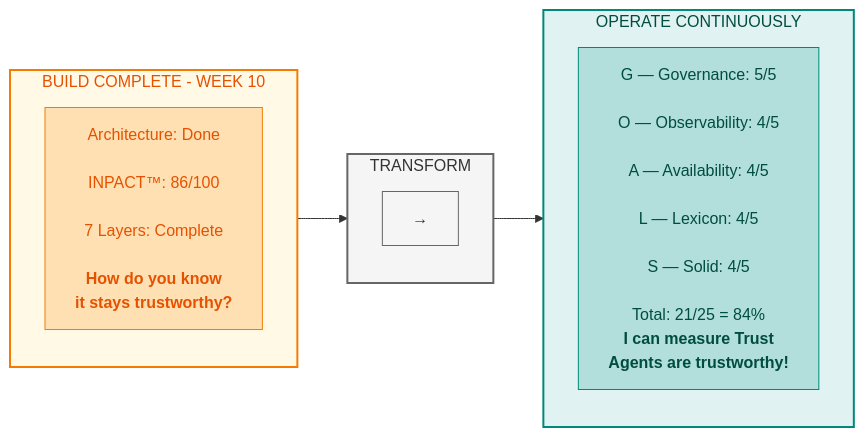
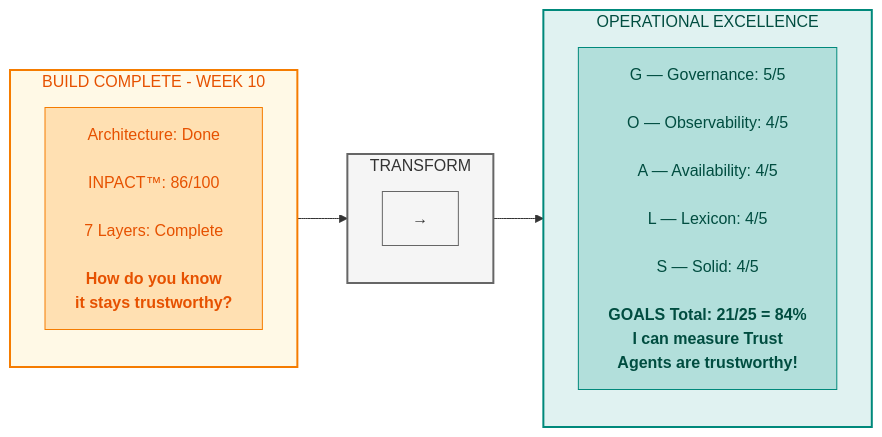
The first of 14 diagrams in manuscript/08_chapter_7_goals_framework_v3_0.md (colaberry/trust-before-intelligence-book), drawn with Mermaid before and after one commit.

Commit message:
Making diagram better
Making diagram better

````diff
--- a/manuscript/08_chapter_7_goals_framework_v3_0.md
+++ b/manuscript/08_chapter_7_goals_framework_v3_0.md
@@ -114,28 +114,28 @@
 ```mermaid
 
 graph LR
     subgraph BUILD["BUILD COMPLETE - WEEK 10"]
         direction TB
         B1["Architecture: Done<br/><br/>INPACT™: 86/100<br/><br/>7 Layers: Complete<br/><br/><b>How do you know<br/>it stays trustworthy?</b>"]
     end
     
     subgraph TRANSFORM["TRANSFORM"]
         direction TB
         T1["→"]
     end
     
-    subgraph OPERATE["OPERATE CONTINUOUSLY"]
+    subgraph OPERATE["OPERATIONAL EXCELLENCE"]
         direction TB
-        O1["G — Governance: 5/5<br/><br/>O — Observability: 4/5<br/><br/>A — Availability: 4/5<br/><br/>L — Lexicon: 4/5<br/><br/>S — Solid: 4/5<br/><br/>Total: 21/25 = 84%<br/><b>I can measure Trust<br/>Agents are trustworthy!"]
+        O1["G — Governance: 5/5<br/><br/>O — Observability: 4/5<br/><br/>A — Availability: 4/5<br/><br/>L — Lexicon: 4/5<br/><br/>S — Solid: 4/5<br/><br/><b>GOALS Total: 21/25 = 84%<br/>I can measure Trust<br/>Agents are trustworthy!"]
     end
     
     BUILD --> TRANSFORM --> OPERATE
     
     style BUILD fill:#fff9e6,stroke:#f57c00,stroke-width:2px,color:#e65100
     style TRANSFORM fill:#f5f5f5,stroke:#666666,stroke-width:2px,color:#333333
     style OPERATE fill:#e0f2f1,stroke:#00897b,stroke-width:2px,color:#004d40
     style B1 fill:#ffe0b2,stroke:#f57c00,color:#e65100
     style T1 fill:#f5f5f5,stroke:#666666,color:#333333
     style O1 fill:#b2dfdb,stroke:#00897b,color:#004d40
 
 ```
````
